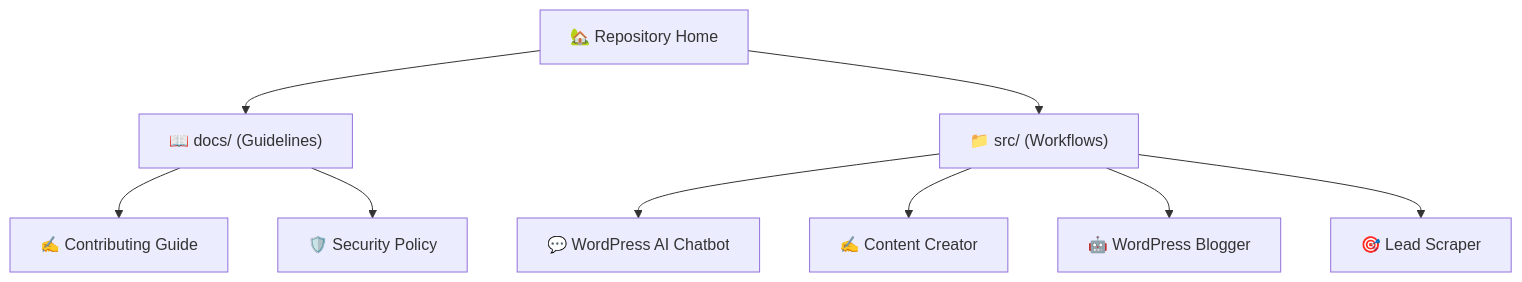
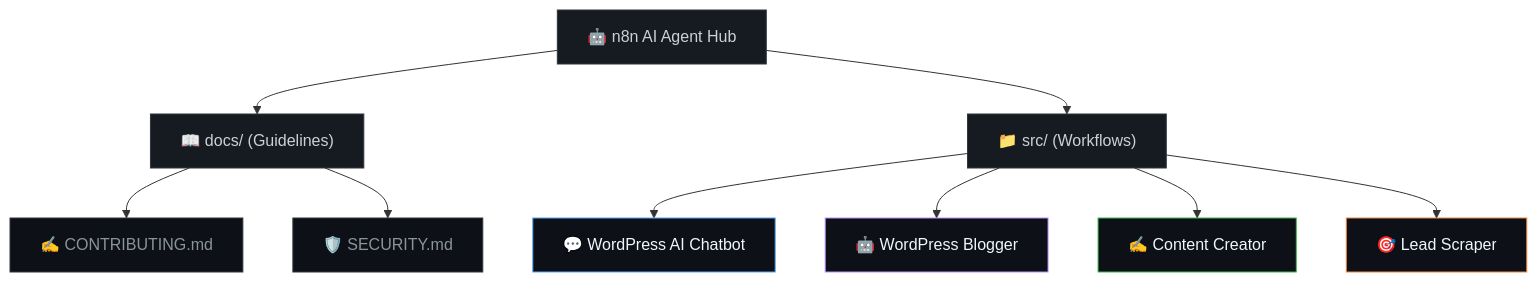
Before and after one commit to beydah/N8N-AI-Agent: the diagram in README.md, drawn with Mermaid. The commit also changed 7 other files, not shown here.

Commit message:
style: redesign SVGs and Mermaid charts for GitHub dark SaaS theme

````diff
--- a/README.md
+++ b/README.md
@@ -40,11 +40,24 @@
 ```mermaid
 graph TD
-    Home["🏡 Repository Home"] --> Docs["📖 docs/ (Guidelines)"]
-    Home --> Source["📁 src/ (Workflows)"]
-    Docs --> Contributing["✍️ Contributing Guide"]
-    Docs --> Security["🛡️ Security Policy"]
+    Root["🤖 n8n AI Agent Hub"]
+    Root --> Docs["📖 docs/ (Guidelines)"]
+    Root --> Source["📁 src/ (Workflows)"]
+
+    Docs --> Contributing["✍️ CONTRIBUTING.md"]
+    Docs --> Security["🛡️ SECURITY.md"]
+
     Source --> Chatbot["💬 WordPress AI Chatbot"]
+    Source --> Blogger["🤖 WordPress Blogger"]
     Source --> Content["✍️ Content Creator"]
-    Source --> Blogger["🤖 WordPress Blogger"]
-    Source --> Leads["🎯 Lead Scraper"]
+    Source --> Scraper["🎯 Lead Scraper"]
+
+    style Root fill:#161b22,stroke:#30363d,color:#c9d1d9
+    style Docs fill:#161b22,stroke:#30363d,color:#c9d1d9
+    style Source fill:#161b22,stroke:#30363d,color:#c9d1d9
+    style Contributing fill:#0d1117,stroke:#30363d,color:#8b949e
+    style Security fill:#0d1117,stroke:#30363d,color:#8b949e
+    style Chatbot fill:#0d1117,stroke:#58a6ff,color:#f0f6fc
+    style Blogger fill:#0d1117,stroke:#bc8cff,color:#f0f6fc
+    style Content fill:#0d1117,stroke:#3fb950,color:#f0f6fc
+    style Scraper fill:#0d1117,stroke:#f0883e,color:#f0f6fc
 ```
````
